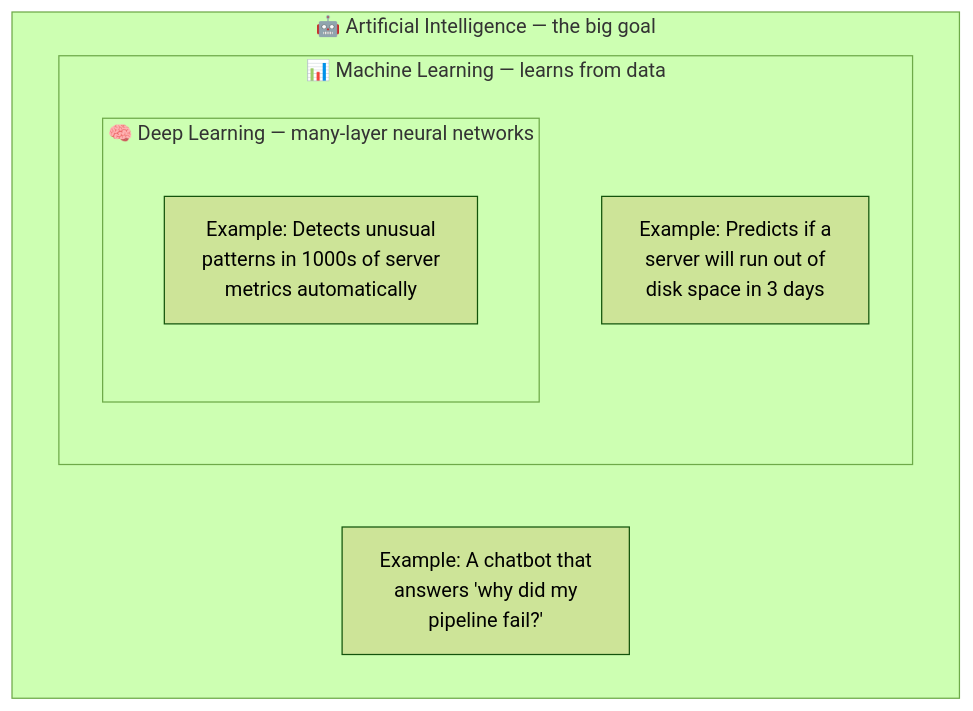
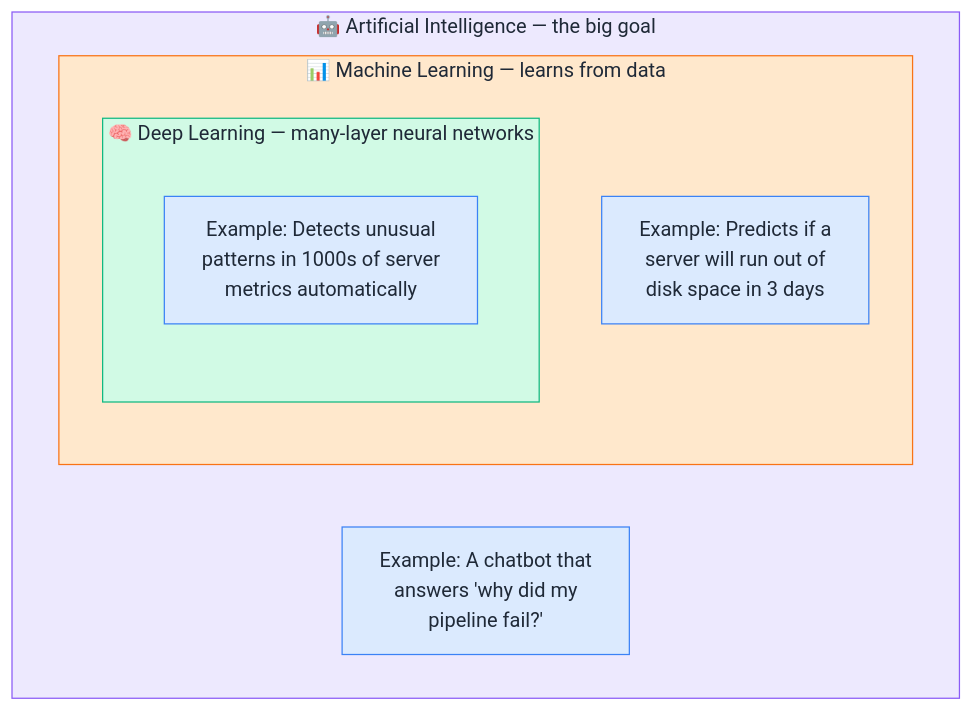
The first of 7 diagrams in Week 1 — LLM & GenAI Foundations/Day 1 — AI ML GenAI Basics.md (saghosh8/AI-For-DevOps), drawn with Mermaid (forest theme) before and after one commit. The commit also changed other lines of this file, not shown here.

````diff
--- a/Week 1 — LLM & GenAI Foundations/Day 1 — AI ML GenAI Basics.md
+++ b/Week 1 — LLM & GenAI Foundations/Day 1 — AI ML GenAI Basics.md
@@ -12,12 +12,25 @@
 ```mermaid
 flowchart TB
     subgraph AI["🤖 Artificial Intelligence — the big goal"]
         subgraph ML["📊 Machine Learning — learns from data"]
             subgraph DL["🧠 Deep Learning — many-layer neural networks"]
                 DLtext["Example: Detects unusual\npatterns in 1000s of server\nmetrics automatically"]
             end
             MLtext["Example: Predicts if a\nserver will run out of\ndisk space in 3 days"]
         end
         AItext["Example: A chatbot that\nanswers 'why did my\npipeline fail?'"]
     end
+
+    classDef purple fill:#EDE9FE,stroke:#8B5CF6,color:#1F2937
+    classDef orange fill:#FFE8CC,stroke:#F97316,color:#1F2937
+    classDef green fill:#D1FAE5,stroke:#10B981,color:#1F2937
+    classDef blue fill:#DBEAFE,stroke:#3B82F6,color:#1F2937
+    classDef red fill:#FEE2E2,stroke:#EF4444,color:#1F2937
+
+    class AI purple
+    class ML orange
+    class DL green
+    class AItext blue
+    class MLtext blue
+    class DLtext blue
 ```
````
